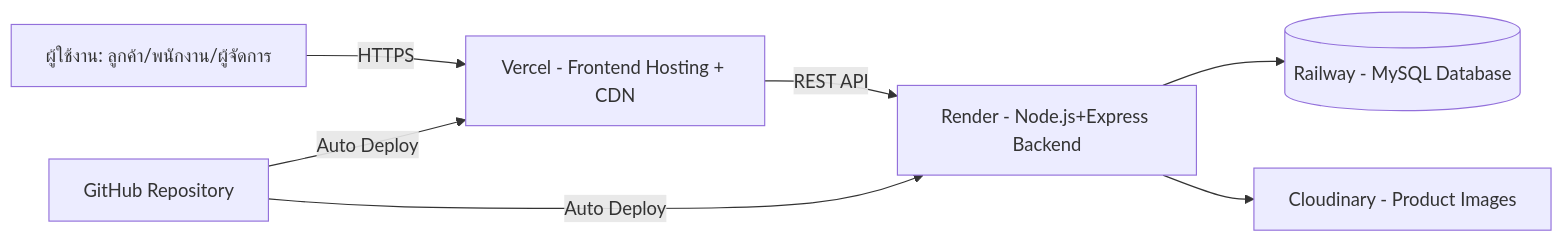
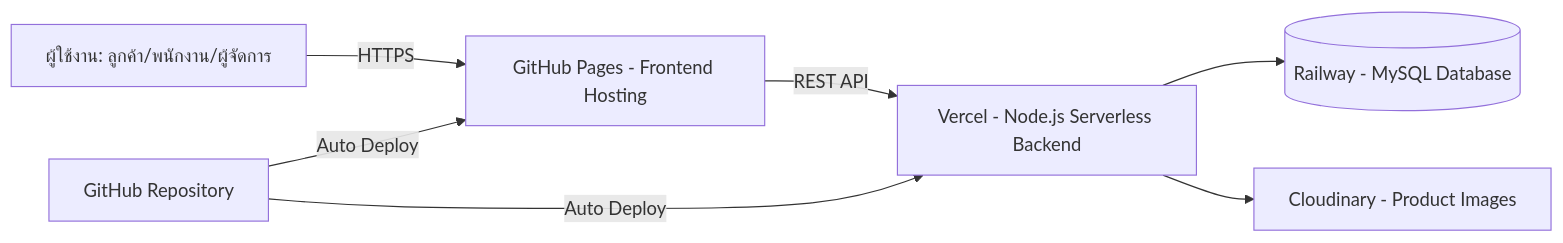
One commit to PattaraponTH/skincare-ecommerce-bedyner changed the eighth of 8 diagrams in README.md. Above: the diagram before and after it, drawn with Mermaid. The commit also changed other lines of this file and 101 other files, not shown here.

````diff
--- a/README.md
+++ b/README.md
@@ -780,9 +777,9 @@
 ```mermaid
 graph LR
-    Users[ผู้ใช้งาน: ลูกค้า/พนักงาน/ผู้จัดการ] -->|HTTPS| Vercel[Vercel - Frontend Hosting + CDN]
-    Vercel -->|REST API| Backend[Render - Node.js+Express Backend]
-    Backend --> DB[(Railway - MySQL Database)]
-    Backend --> Storage[Cloudinary - Product Images]
-    GitHub[GitHub Repository] -->|Auto Deploy| Vercel
-    GitHub -->|Auto Deploy| Backend
+    Users[ผู้ใช้งาน: ลูกค้า/พนักงาน/ผู้จัดการ] -->|HTTPS| GHPages[GitHub Pages - Frontend Hosting]
+    GHPages -->|REST API| Vercel[Vercel - Node.js Serverless Backend]
+    Vercel --> DB[(Railway - MySQL Database)]
+    Vercel --> Storage[Cloudinary - Product Images]
+    GitHub[GitHub Repository] -->|Auto Deploy| GHPages
+    GitHub -->|Auto Deploy| Vercel
 ```
````
